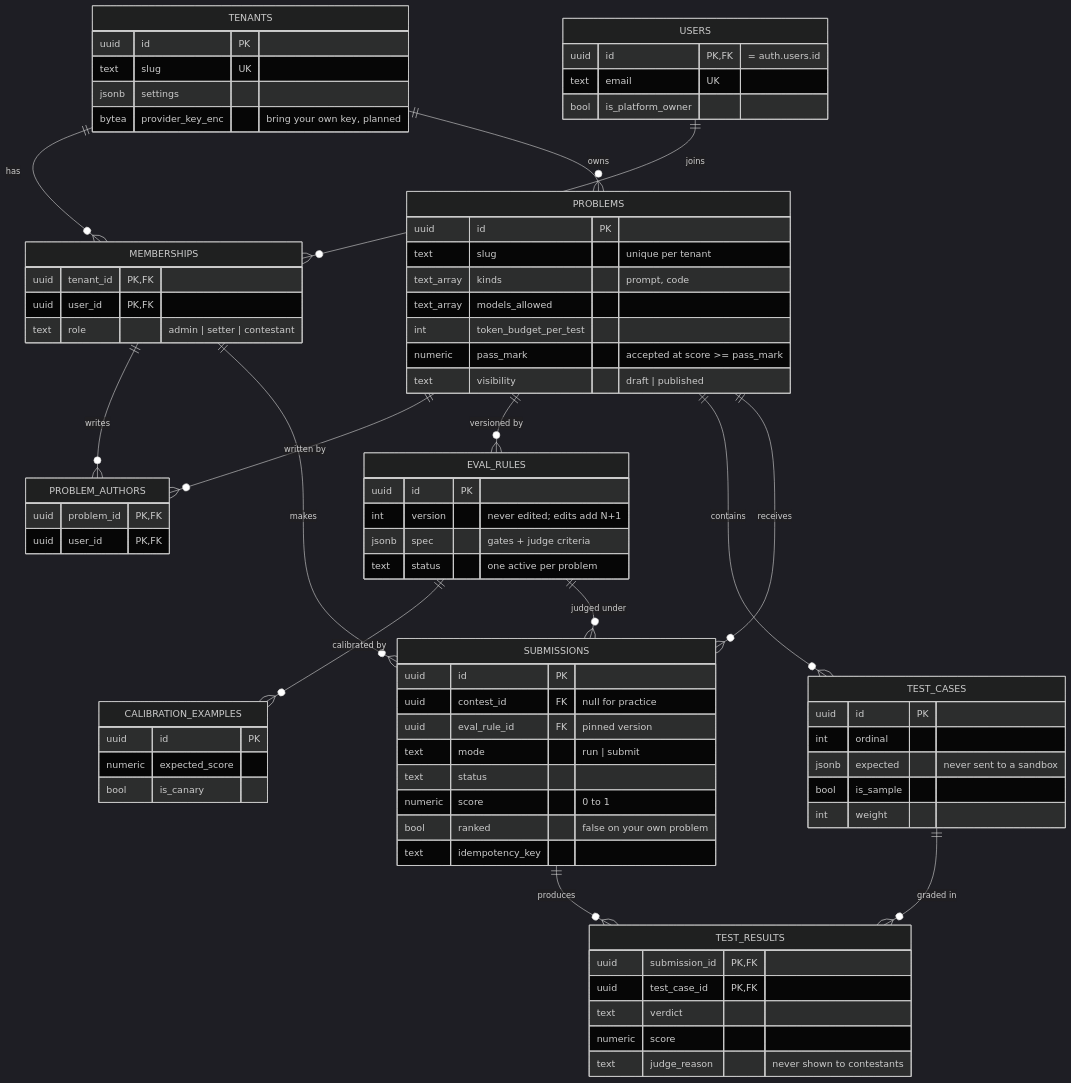
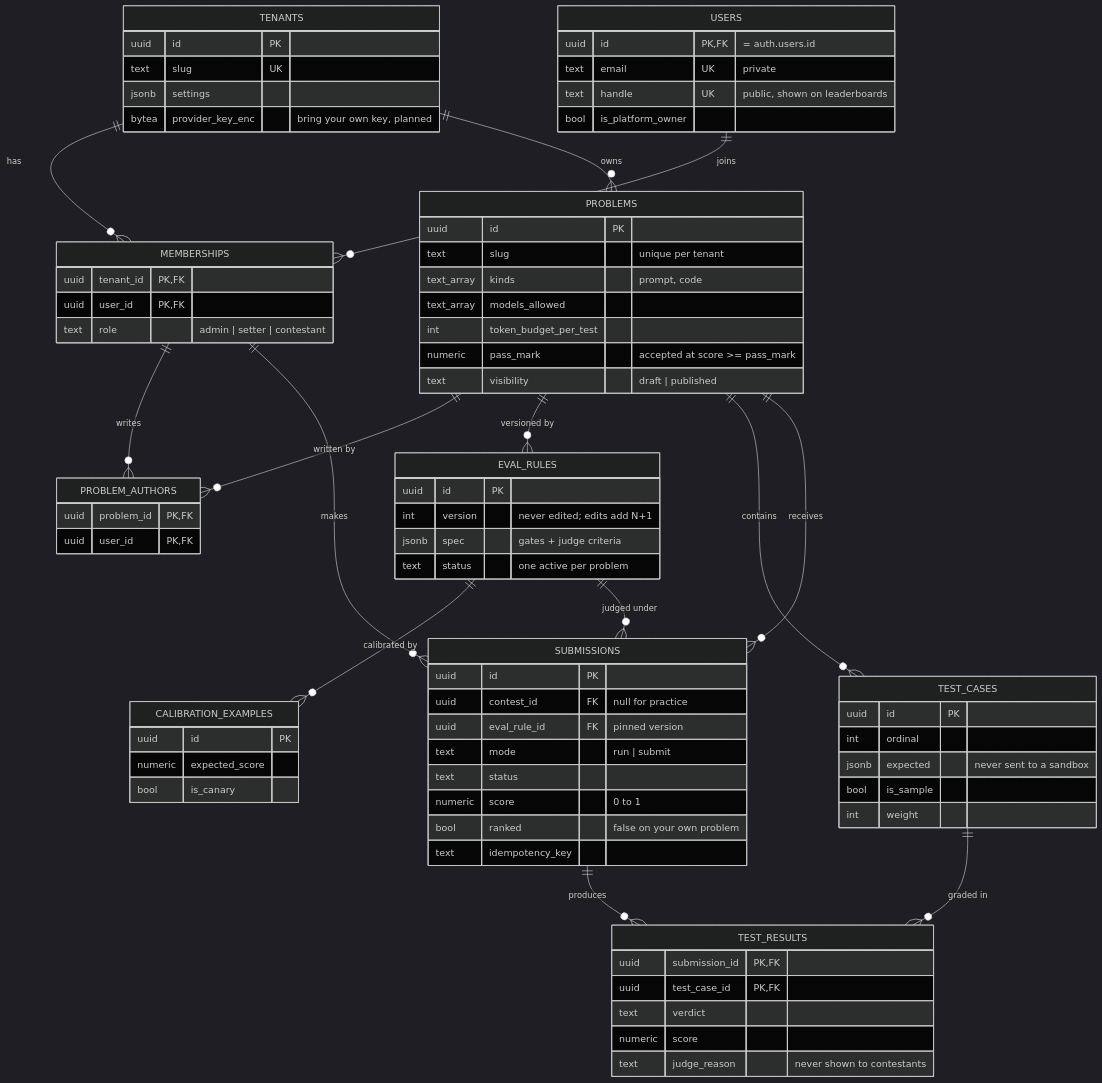
Before and after one commit to priyanshu14077/orqen: the seventh of 10 diagrams in README.md, drawn with Mermaid (dark theme). The commit also changed other lines of this file, not shown here.

Commit message:
Show the handle column in the README data model

````diff
--- a/README.md
+++ b/README.md
@@ -267,81 +267,82 @@
 ```mermaid
 erDiagram
     TENANTS ||--o{ MEMBERSHIPS : has
     USERS ||--o{ MEMBERSHIPS : joins
     TENANTS ||--o{ PROBLEMS : owns
     PROBLEMS ||--o{ PROBLEM_AUTHORS : "written by"
     MEMBERSHIPS ||--o{ PROBLEM_AUTHORS : writes
     PROBLEMS ||--o{ EVAL_RULES : "versioned by"
     EVAL_RULES ||--o{ CALIBRATION_EXAMPLES : "calibrated by"
     PROBLEMS ||--o{ TEST_CASES : contains
     MEMBERSHIPS ||--o{ SUBMISSIONS : makes
     PROBLEMS ||--o{ SUBMISSIONS : receives
     EVAL_RULES ||--o{ SUBMISSIONS : "judged under"
     SUBMISSIONS ||--o{ TEST_RESULTS : produces
     TEST_CASES ||--o{ TEST_RESULTS : "graded in"
 
     TENANTS {
         uuid id PK
         text slug UK
         jsonb settings
         bytea provider_key_enc "bring your own key, planned"
     }
     USERS {
         uuid id PK, FK "= auth.users.id"
-        text email UK
+        text email UK "private"
+        text handle UK "public, shown on leaderboards"
         bool is_platform_owner
     }
     MEMBERSHIPS {
         uuid tenant_id PK, FK
         uuid user_id PK, FK
         text role "admin | setter | contestant"
     }
     PROBLEMS {
         uuid id PK
         text slug "unique per tenant"
         text_array kinds "prompt, code"
         text_array models_allowed
         int token_budget_per_test
         numeric pass_mark "accepted at score >= pass_mark"
         text visibility "draft | published"
     }
     PROBLEM_AUTHORS {
         uuid problem_id PK, FK
         uuid user_id PK, FK
     }
     EVAL_RULES {
         uuid id PK
         int version "never edited; edits add N+1"
         jsonb spec "gates + judge criteria"
         text status "one active per problem"
     }
     CALIBRATION_EXAMPLES {
         uuid id PK
         numeric expected_score
         bool is_canary
     }
     TEST_CASES {
         uuid id PK
         int ordinal
         jsonb expected "never sent to a sandbox"
         bool is_sample
         int weight
     }
     SUBMISSIONS {
         uuid id PK
         uuid contest_id FK "null for practice"
         uuid eval_rule_id FK "pinned version"
         text mode "run | submit"
         text status
         numeric score "0 to 1"
         bool ranked "false on your own problem"
         text idempotency_key
     }
     TEST_RESULTS {
         uuid submission_id PK, FK
         uuid test_case_id PK, FK
         text verdict
         numeric score
         text judge_reason "never shown to contestants"
     }
 ```
````
